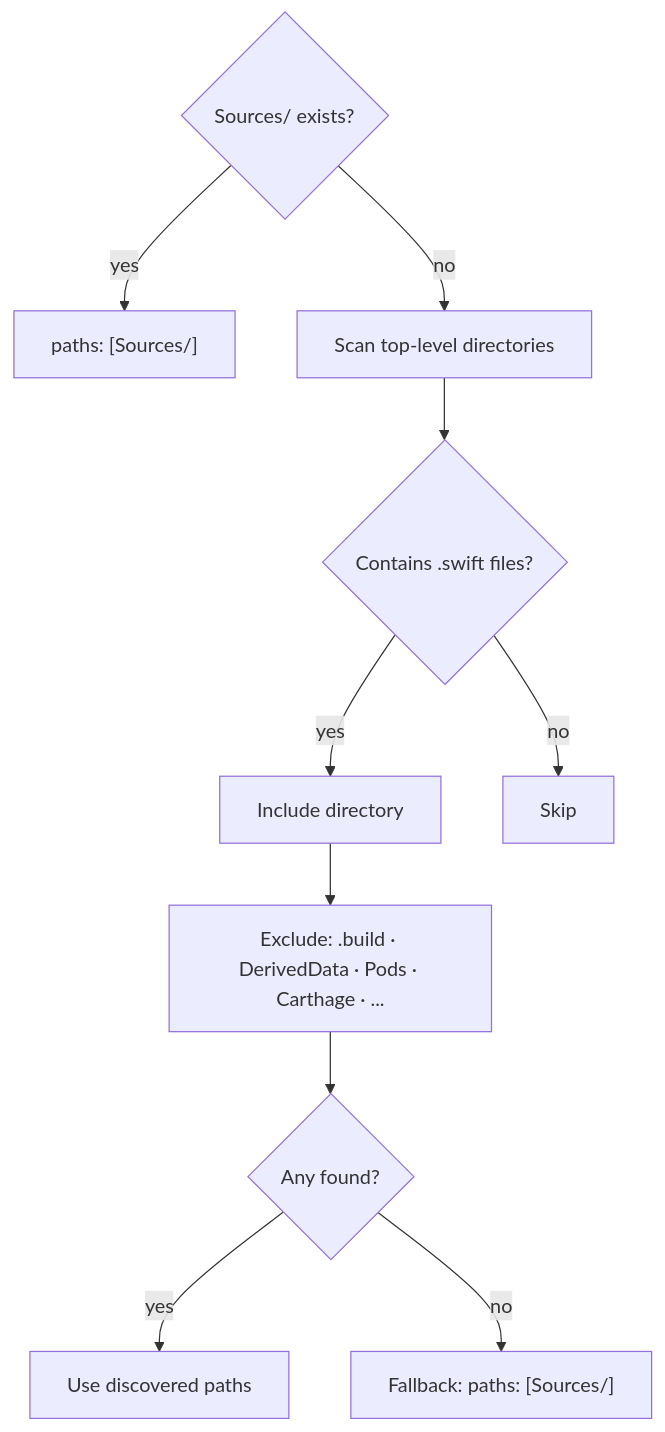
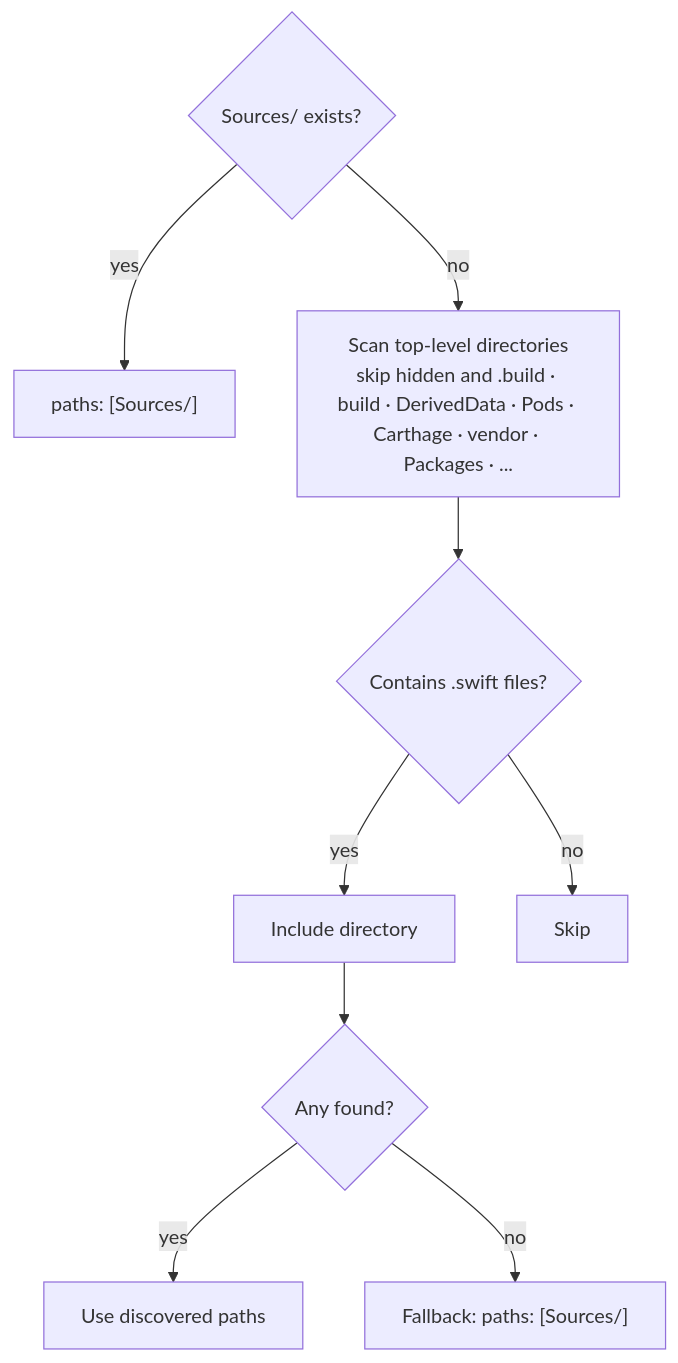
One commit to ericodx/swift-cpd changed the second of 5 diagrams in Docs/Architecture/05-supporting-systems.md. Above: the diagram before and after it, drawn with Mermaid. The commit also changed other lines of this file, not shown here.

````diff
--- a/Docs/Architecture/05-supporting-systems.md
+++ b/Docs/Architecture/05-supporting-systems.md
@@ -44,12 +51,11 @@
 ```mermaid
 flowchart TD
     A{Sources/ exists?} -- yes --> B["paths: [Sources/]"]
-    A -- no --> C[Scan top-level directories]
+    A -- no --> C[Scan top-level directories<br/>skip hidden and .build · build · DerivedData · Pods · Carthage · vendor · Packages · ...]
     C --> D{Contains .swift files?}
     D -- yes --> E[Include directory]
     D -- no --> F[Skip]
-    E --> G[Exclude: .build · DerivedData · Pods · Carthage · ...]
-    G --> H{Any found?}
+    E --> H{Any found?}
     H -- yes --> I[Use discovered paths]
     H -- no --> J["Fallback: paths: [Sources/]"]
 ```
````
